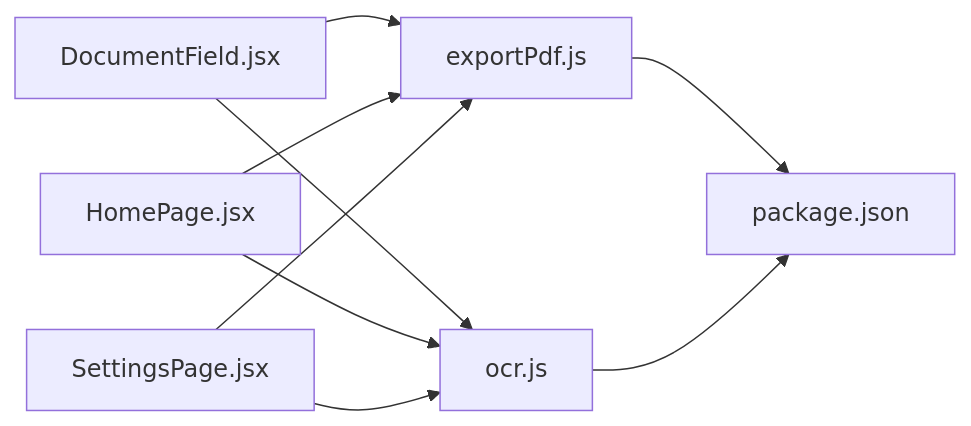
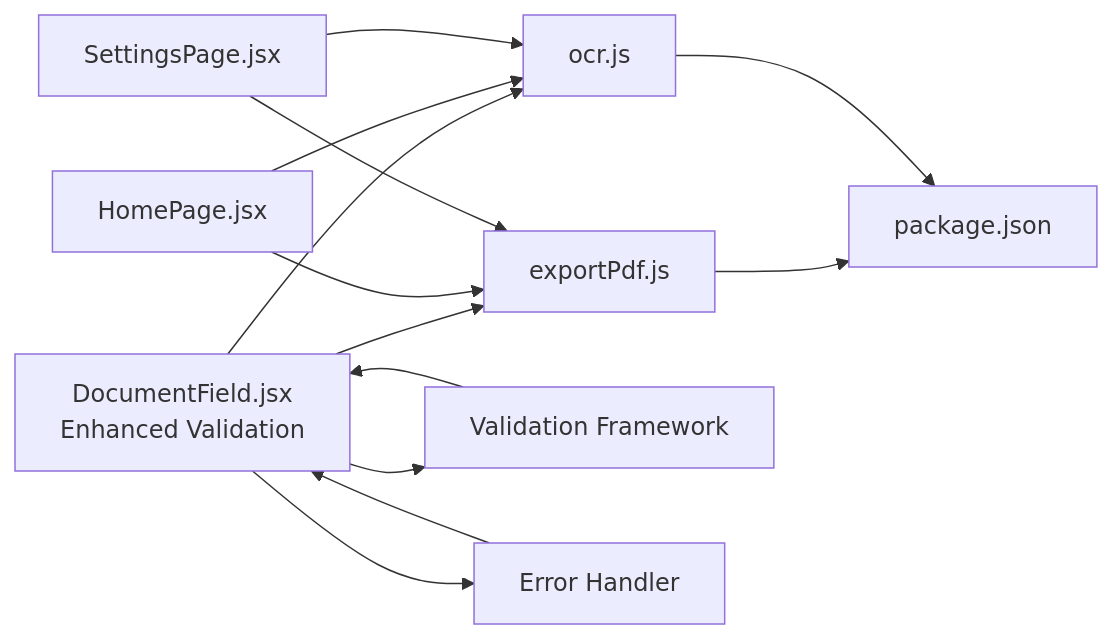
One commit to zmyeo54/briefroom changed the sixth of 6 diagrams in .qoder/repowiki/en/content/Utility Libraries/Document Processing.md. Above: the diagram before and after it, drawn with Mermaid. The commit also changed other lines of this file and 32 other files, not shown here.

````diff
--- a/.qoder/repowiki/en/content/Utility Libraries/Document Processing.md
+++ b/.qoder/repowiki/en/content/Utility Libraries/Document Processing.md
@@ -241,11 +335,15 @@
 ```mermaid
 graph LR
-DF["DocumentField.jsx"] --> EP["exportPdf.js"]
+DF["DocumentField.jsx<br/>Enhanced Validation"] --> EP["exportPdf.js"]
 DF --> OC["ocr.js"]
+DF --> VF["Validation Framework"]
+DF --> EH["Error Handler"]
 HP["HomePage.jsx"] --> EP
 HP --> OC
 SP["SettingsPage.jsx"] --> EP
 SP --> OC
 EP --> PKG["package.json"]
 OC --> PKG
+VF --> DF
+EH --> DF
 ```
````
